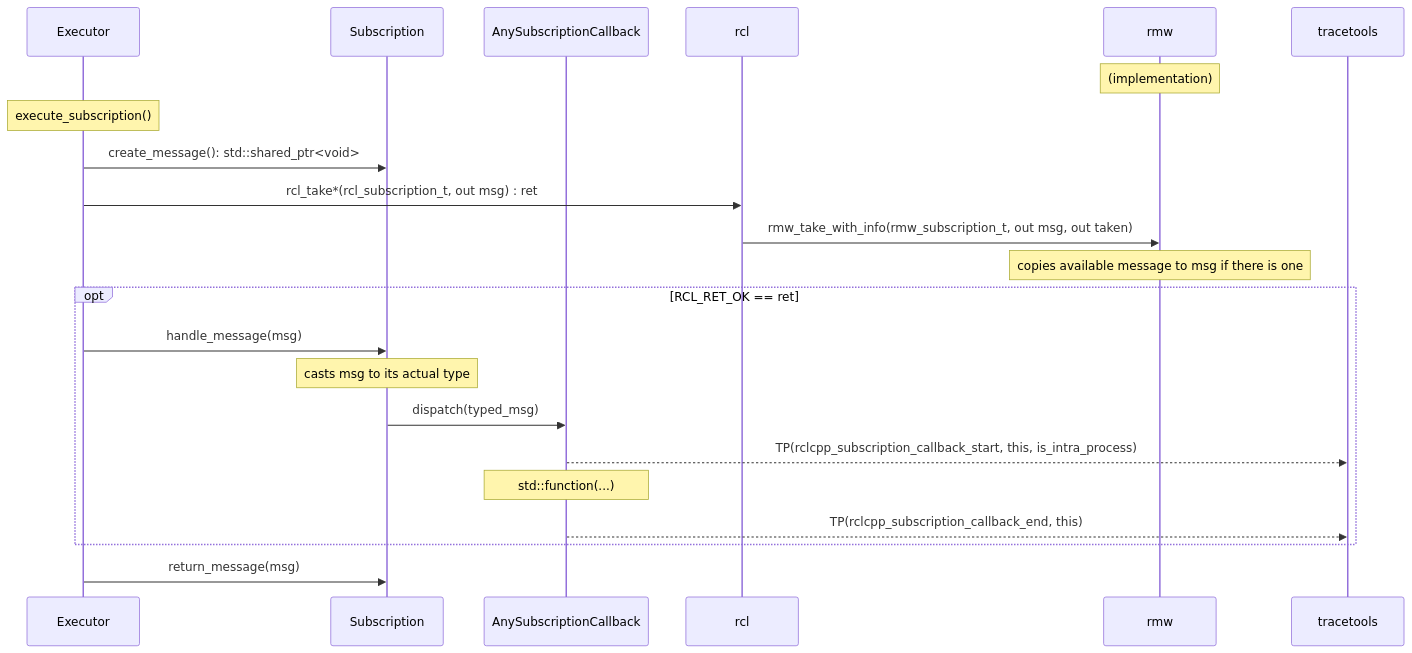
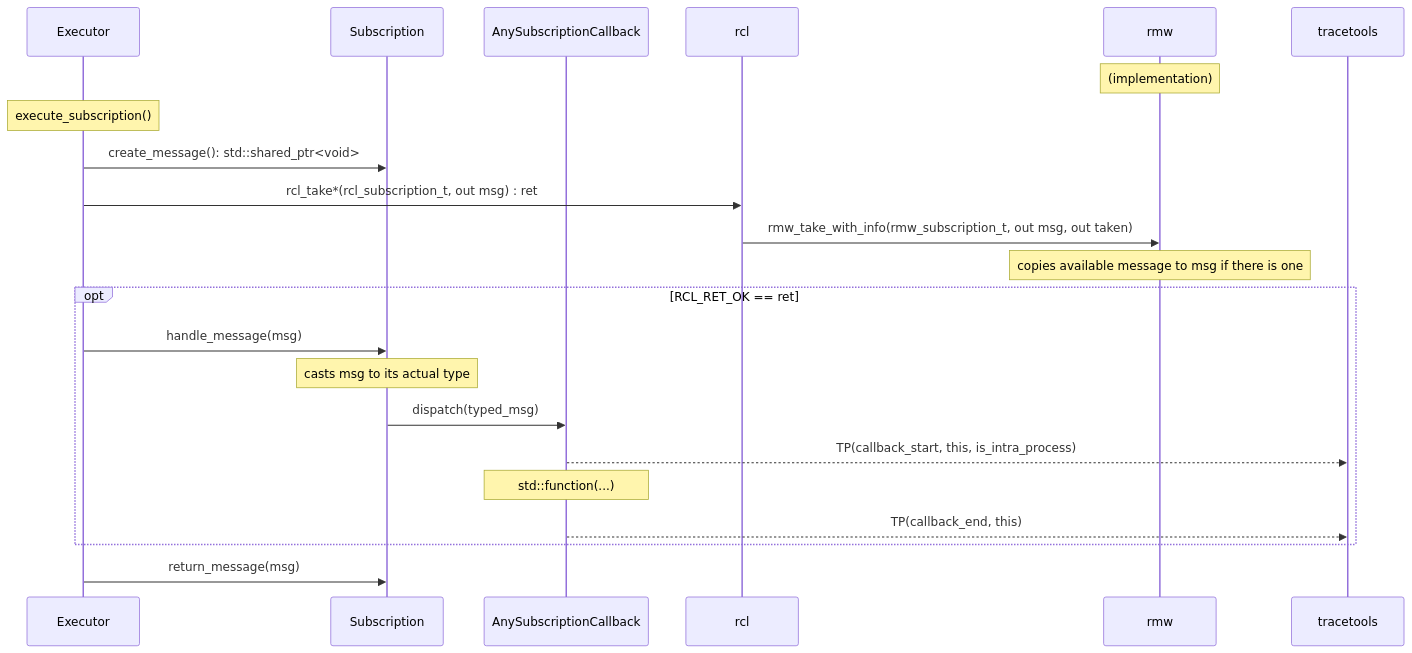
The sixth of 13 diagrams in doc/design_ros_2.md (ros2/ros2_tracing), drawn with Mermaid before and after one commit. The commit also changed other lines of this file, not shown here.

Commit message:
Update callback_* events

````diff
--- a/doc/design_ros_2.md
+++ b/doc/design_ros_2.md
@@ -229,26 +229,26 @@
 ```mermaid
 sequenceDiagram
     participant Executor
     participant Subscription
     participant AnySubscriptionCallback
     participant rcl
     participant rmw
     participant tracetools
 
     Note over rmw: (implementation)
 
     Note over Executor: execute_subscription()
     Executor->>Subscription: create_message(): std::shared_ptr<void>
     Executor->>rcl: rcl_take*(rcl_subscription_t, out msg) : ret
     rcl->>rmw: rmw_take_with_info(rmw_subscription_t, out msg, out taken)
     Note over rmw: copies available message to msg if there is one
     opt RCL_RET_OK == ret
         Executor->>Subscription: handle_message(msg)
         Note over Subscription: casts msg to its actual type
         Subscription->>AnySubscriptionCallback: dispatch(typed_msg)
-        AnySubscriptionCallback-->>tracetools: TP(rclcpp_subscription_callback_start, this, is_intra_process)
+        AnySubscriptionCallback-->>tracetools: TP(callback_start, this, is_intra_process)
         Note over AnySubscriptionCallback: std::function(...)
-        AnySubscriptionCallback-->>tracetools: TP(rclcpp_subscription_callback_end, this)
+        AnySubscriptionCallback-->>tracetools: TP(callback_end, this)
     end
     Executor->>Subscription: return_message(msg)
 ```
````
